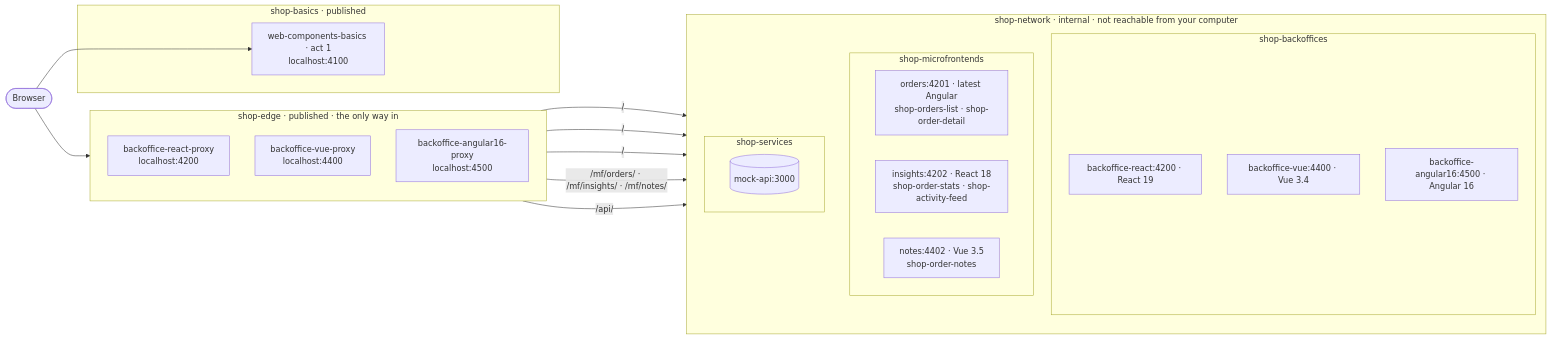
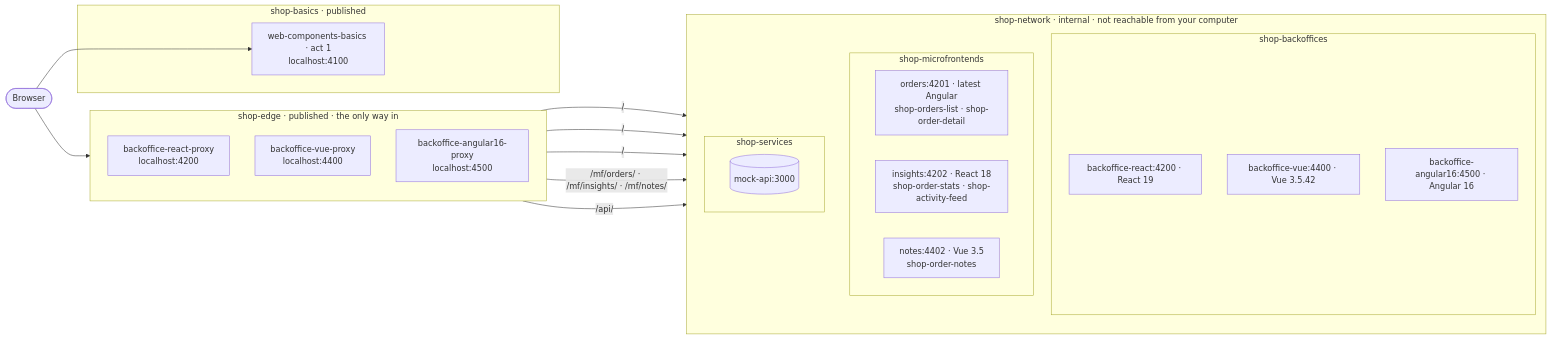
The first of 2 diagrams in README.md (IliasEfth/Web-Components), drawn with Mermaid before and after one commit. The commit also changed other lines of this file and 6 other files, not shown here.

First line of the commit message:
fix(backoffice-vue): pin Vue 3.5.42, the oldest release without the SSR advisory

````diff
--- a/README.md
+++ b/README.md
@@ -65,40 +65,40 @@
 ```mermaid
 flowchart LR
   browser([Browser])
 
   subgraph basics[shop-basics · published]
     wcb[web-components-basics · act 1<br/>localhost:4100]
   end
 
   subgraph edge[shop-edge · published · the only way in]
     direction TB
     rp[backoffice-react-proxy<br/>localhost:4200]
     vp[backoffice-vue-proxy<br/>localhost:4400]
     ap[backoffice-angular16-proxy<br/>localhost:4500]
   end
 
   subgraph net[shop-network · internal · not reachable from your computer]
     direction TB
     subgraph backoffices[shop-backoffices]
       react[backoffice-react:4200 · React 19]
-      vue[backoffice-vue:4400 · Vue 3.4]
+      vue[backoffice-vue:4400 · Vue 3.5.42]
       ng16[backoffice-angular16:4500 · Angular 16]
     end
     subgraph mfs[shop-microfrontends]
       orders[orders:4201 · latest Angular<br/>shop-orders-list · shop-order-detail]
       insights[insights:4202 · React 18<br/>shop-order-stats · shop-activity-feed]
       notes[notes:4402 · Vue 3.5<br/>shop-order-notes]
     end
     subgraph services[shop-services]
       api[(mock-api:3000)]
     end
   end
 
   browser --> wcb
   browser --> edge
   rp -- "/" --> react
   vp -- "/" --> vue
   ap -- "/" --> ng16
   edge -- "/mf/orders/ · /mf/insights/ · /mf/notes/" --> mfs
   edge -- "/api/" --> services
 ```
````
